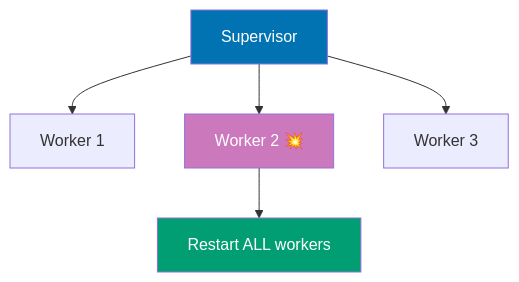
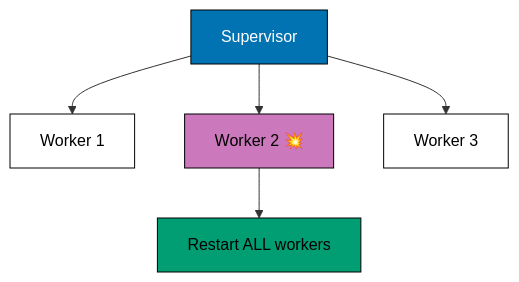
One commit to wahidyankf/ose-public changed the seventh of 24 diagrams in apps/ayokoding-www/content/en/learn/legacy/software-engineering/programming-languages/elixir/by-example/advanced.md. Above: the diagram before and after it, drawn with Mermaid. The commit also changed other lines of this file and 112 other files, not shown here.

First line of the commit message:
fix(mermaid): bring the legacy programming-languages diagrams onto the accessible palette

````diff
--- a/apps/ayokoding-www/content/en/learn/legacy/software-engineering/programming-languages/elixir/by-example/advanced.md
+++ b/apps/ayokoding-www/content/en/learn/legacy/software-engineering/programming-languages/elixir/by-example/advanced.md
@@ -1287,11 +1331,17 @@
 ```mermaid
 graph TD
+    accTitle: Example 67: Restart Strategies
+    accDescr: Graph with 5 nodes and 4 connections. Nodes: Supervisor, Worker 1, Worker 2 💥, Worker 3, Restart ALL workers. Connections: Supervisor to Worker 1, Supervisor to Worker 2 💥, Supervisor to Worker 3, Worker 2 💥 to Restart ALL workers.
     S2["Supervisor"] --> W4["Worker 1"]
     S2 --> W5["Worker 2 💥"]
     S2 --> W6["Worker 3"]
     W5 --> R2["Restart ALL workers"]
 
-    style S2 fill:#0173B2,color:#fff
-    style W5 fill:#CC78BC,color:#fff
-    style R2 fill:#029E73,color:#fff
+    classDef pal-0173B2 fill:#0173B2,stroke:#000000,color:#FFFFFF
+    class S2 pal-0173B2
+    classDef pal-CC78BC fill:#CC78BC,stroke:#000000,color:#000000
+    class W5 pal-CC78BC
+    classDef pal-029E73 fill:#029E73,stroke:#000000,color:#000000
+    class R2 pal-029E73
+    classDef default fill:#FFFFFF,stroke:#000000,color:#000000
 ```
````
